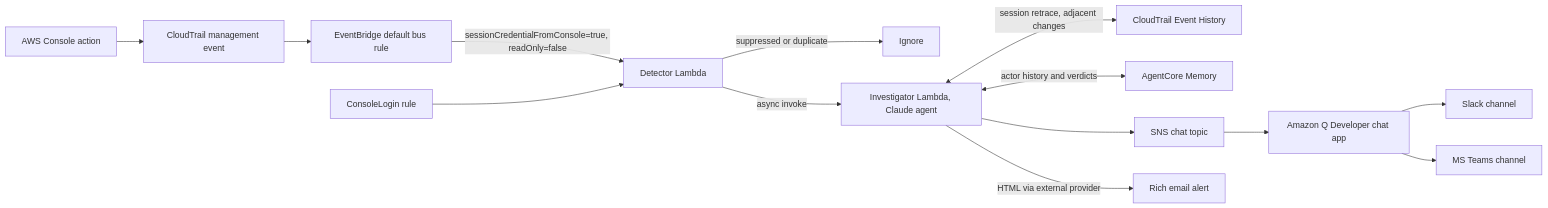
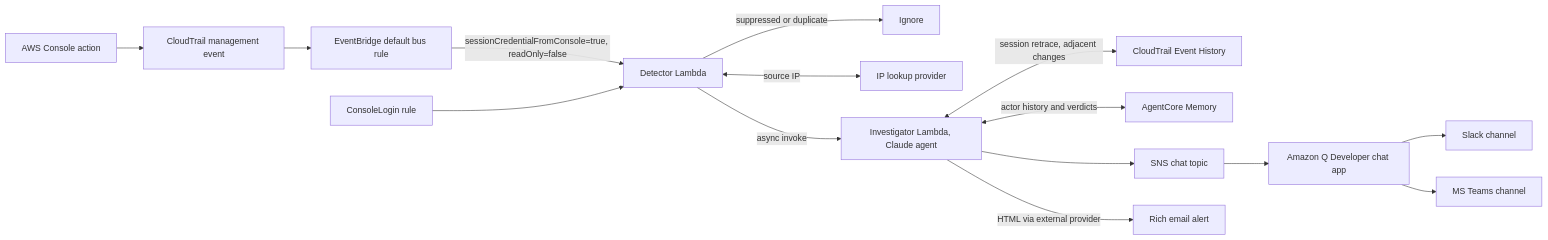
Before and after one commit to zoph-io/clickops-sentinel: the diagram in README.md, drawn with Mermaid. The commit also changed other lines of this file and 30 other files, not shown here.

````diff
--- a/README.md
+++ b/README.md
@@ -133,16 +144,17 @@
 ```mermaid
 flowchart LR
     Console[AWS Console action] --> CT[CloudTrail management event]
     CT --> EB[EventBridge default bus rule]
     EB -->|"sessionCredentialFromConsole=true, readOnly=false"| DET[Detector Lambda]
     DET -->|suppressed or duplicate| Drop[Ignore]
+    DET <-->|source IP| IPI[IP lookup provider]
     DET -->|async invoke| INV[Investigator Lambda, Claude agent]
     INV <-->|session retrace, adjacent changes| CTH[CloudTrail Event History]
     INV <-->|actor history and verdicts| MEM[AgentCore Memory]
     INV --> SNSQ[SNS chat topic]
     SNSQ --> QDev[Amazon Q Developer chat app]
     QDev --> Slack[Slack channel]
     QDev --> Teams[MS Teams channel]
     INV -->|HTML via external provider| Email[Rich email alert]
     EB2[ConsoleLogin rule] --> DET
 ```
````
